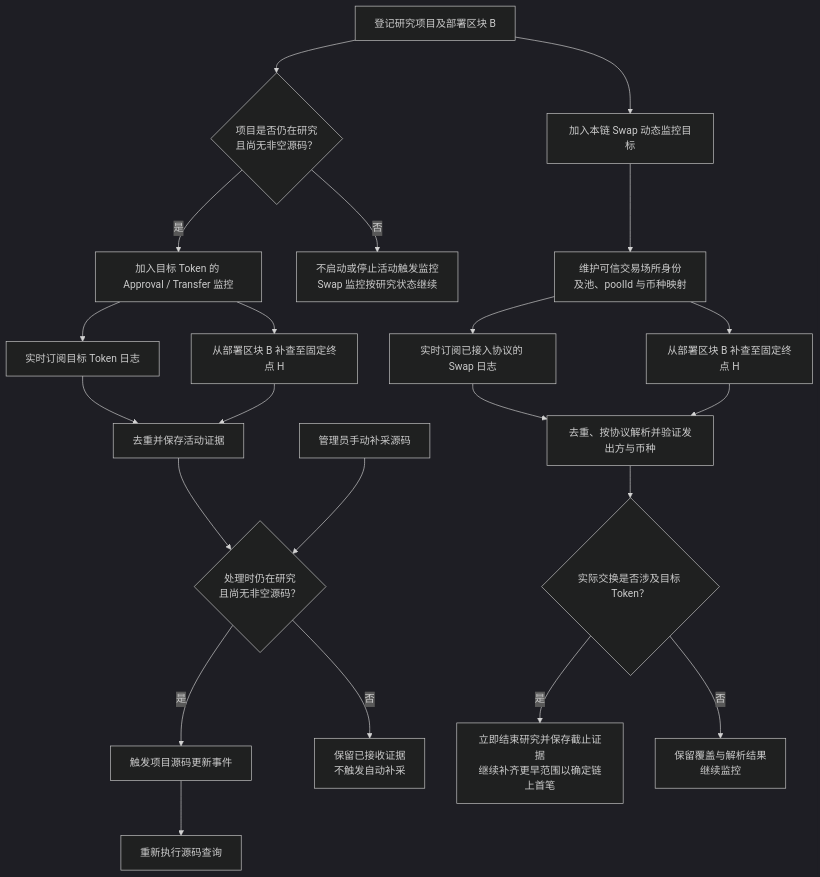
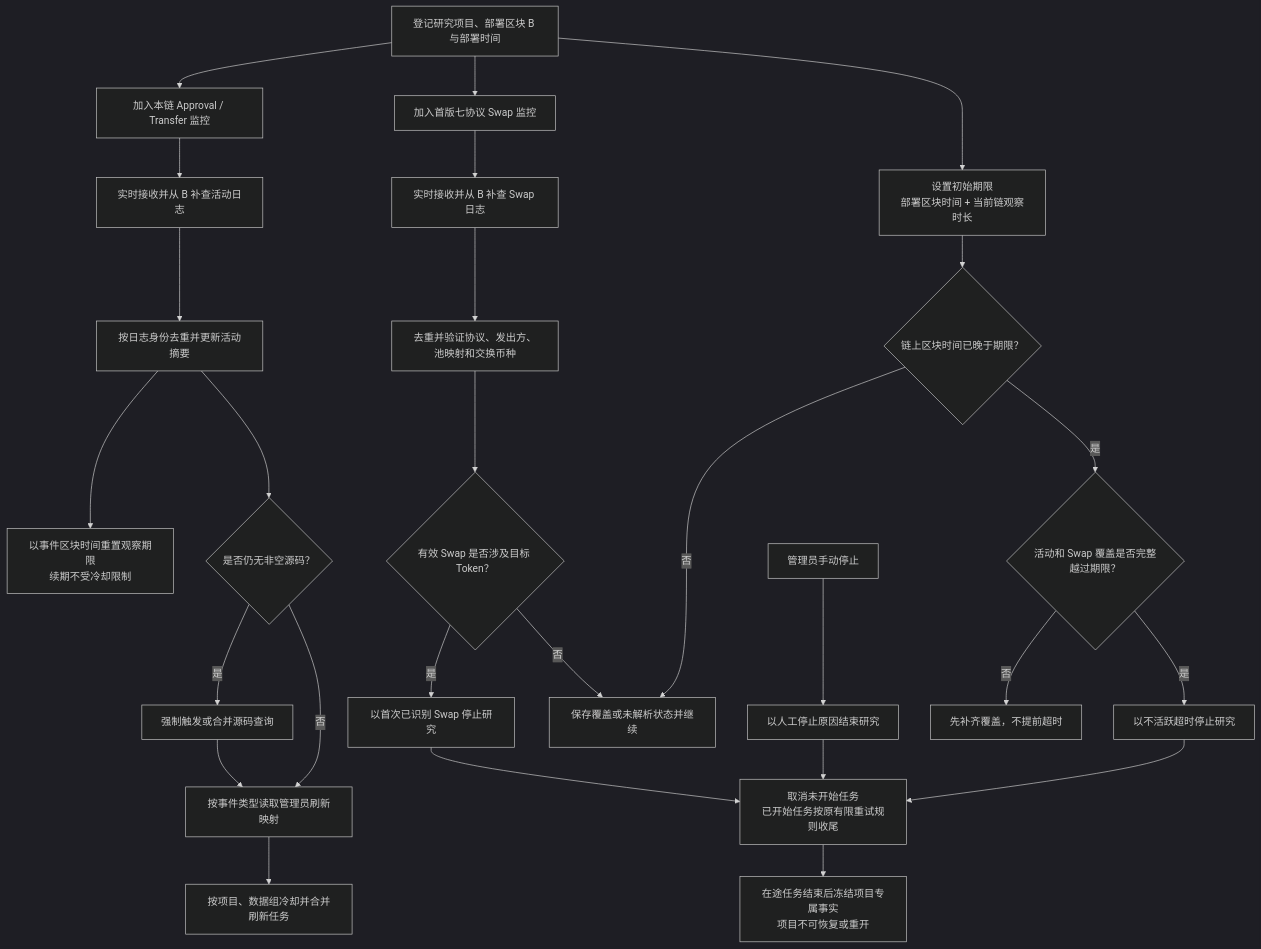
One commit to useryege/athena-o changed the diagram in docs/requirements/token/token-project-activity-flow.md. Above: the diagram before and after it, drawn with Mermaid (dark theme). The commit also changed other lines of this file and 14 other files, not shown here.

````diff
--- a/docs/requirements/token/token-project-activity-flow.md
+++ b/docs/requirements/token/token-project-activity-flow.md
@@ -23,27 +23,33 @@
 ```mermaid
 flowchart TD
-    project["登记研究项目及部署区块 B"] --> swapTarget["加入本链 Swap 动态监控目标"]
-    project --> source{"项目是否仍在研究<br/>且尚无非空源码？"}
-    source -->|是| activityTarget["加入目标 Token 的 Approval / Transfer 监控"]
-    source -->|否| noActivity["不启动或停止活动触发监控<br/>Swap 监控按研究状态继续"]
+    project["登记研究项目、部署区块 B 与部署时间"] --> activityTarget["加入本链 Approval / Transfer 监控"]
+    project --> swapTarget["加入首版七协议 Swap 监控"]
+    project --> deadline["设置初始期限<br/>部署区块时间 + 当前链观察时长"]
 
-    activityTarget --> activityLive["实时订阅目标 Token 日志"]
-    activityTarget --> activityBackfill["从部署区块 B 补查至固定终点 H"]
-    activityLive --> activityEvidence["去重并保存活动证据"]
-    activityBackfill --> activityEvidence
-    activityEvidence --> eligible{"处理时仍在研究<br/>且尚无非空源码？"}
-    eligible -->|是| update["触发项目源码更新事件"]
-    eligible -->|否| ignore["保留已接收证据<br/>不触发自动补采"]
-    update --> fetch["重新执行源码查询"]
+    activityTarget --> receiveActivity["实时接收并从 B 补查活动日志"]
+    receiveActivity --> dedupeActivity["按日志身份去重并更新活动摘要"]
+    dedupeActivity --> renew["以事件区块时间重置观察期限<br/>续期不受冷却限制"]
+    dedupeActivity --> source{"是否仍无非空源码？"}
+    source -->|是| fetch["强制触发或合并源码查询"]
+    source -->|否| configured["按事件类型读取管理员刷新映射"]
+    fetch --> configured
+    configured --> refresh["按项目、数据组冷却并合并刷新任务"]
 
-    swapTarget --> mapping["维护可信交易场所身份<br/>及池、poolId 与币种映射"]
-    mapping --> swapLive["实时订阅已接入协议的 Swap 日志"]
-    mapping --> swapBackfill["从部署区块 B 补查至固定终点 H"]
-    swapLive --> verify["去重、按协议解析并验证发出方与币种"]
-    swapBackfill --> verify
-    verify --> involved{"实际交换是否涉及目标 Token？"}
-    involved -->|是| stop["立即结束研究并保存截止证据<br/>继续补齐更早范围以确定链上首笔"]
-    involved -->|否| continue["保留覆盖与解析结果<br/>继续监控"]
+    swapTarget --> receiveSwap["实时接收并从 B 补查 Swap 日志"]
+    receiveSwap --> verify["去重并验证协议、发出方、池映射和交换币种"]
+    verify --> involved{"有效 Swap 是否涉及目标 Token？"}
+    involved -->|是| stopSwap["以首次已识别 Swap 停止研究"]
+    involved -->|否| continue["保存覆盖或未解析状态并继续"]
 
-    manual["管理员手动补采源码"] --> eligible
+    deadline --> expiryCheck{"链上区块时间已晚于期限？"}
+    expiryCheck -->|否| continue
+    expiryCheck -->|是| covered{"活动和 Swap 覆盖是否完整越过期限？"}
+    covered -->|否| catchup["先补齐覆盖，不提前超时"]
+    covered -->|是| stopTimeout["以不活跃超时停止研究"]
+    admin["管理员手动停止"] --> stopManual["以人工停止原因结束研究"]
+
+    stopSwap --> settle["取消未开始任务<br/>已开始任务按原有限重试规则收尾"]
+    stopTimeout --> settle
+    stopManual --> settle
+    settle --> freeze["在途任务结束后冻结项目专属事实<br/>项目不可恢复或重开"]
 ```
````
